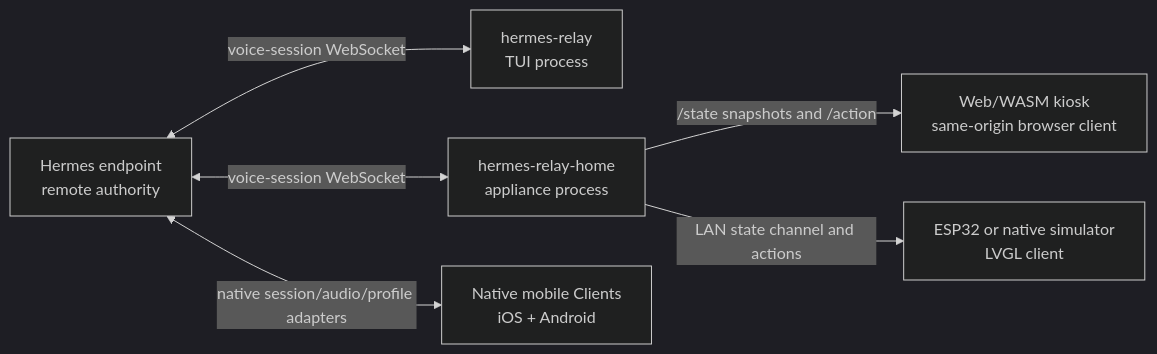
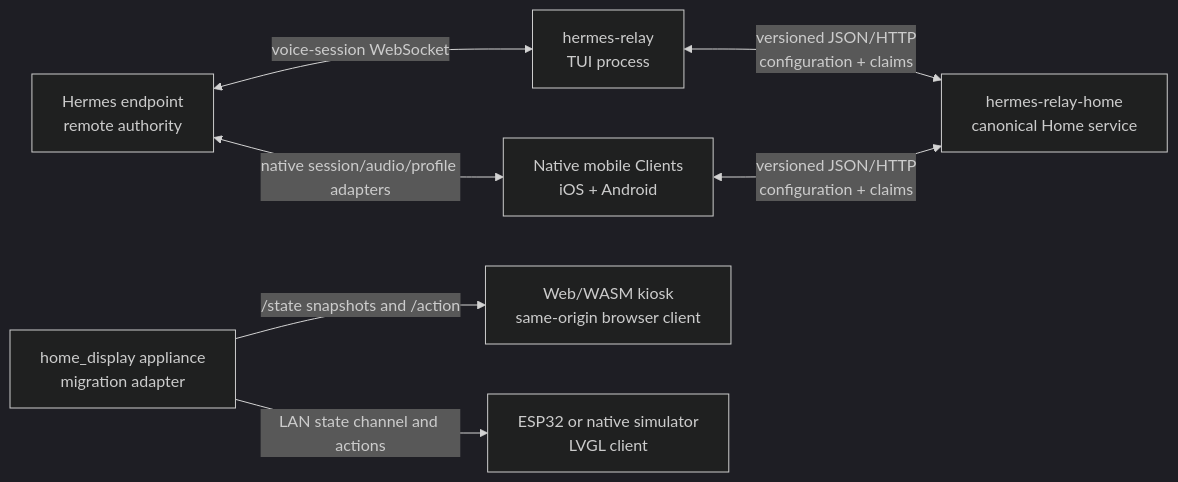
One commit to achappell/hermes-relay-tui changed the second of 2 diagrams in _bmad-output/planning-artifacts/architecture/architecture-hermes-relay-tui-2026-09-08/ARCHITECTURE-SPINE.md. Above: the diagram before and after it, drawn with Mermaid (dark theme). The commit also changed other lines of this file and 1 other file, not shown here.

Commit message:
docs: move home service ownership out of tui (#165)

```diff
--- a/_bmad-output/planning-artifacts/architecture/architecture-hermes-relay-tui-2026-09-08/ARCHITECTURE-SPINE.md
+++ b/_bmad-output/planning-artifacts/architecture/architecture-hermes-relay-tui-2026-09-08/ARCHITECTURE-SPINE.md
@@ -199,15 +200,17 @@
 ~~~mermaid
 flowchart LR
     hermes["Hermes endpoint<br/>remote authority"]
     tui["hermes-relay<br/>TUI process"]
-    home["hermes-relay-home<br/>appliance process"]
+    home["hermes-relay-home<br/>canonical Home service"]
+    legacy["home_display appliance<br/>migration adapter"]
     web["Web/WASM kiosk<br/>same-origin browser client"]
     esp["ESP32 or native simulator<br/>LVGL client"]
     mobile["Native mobile Clients<br/>iOS + Android"]
 
     hermes <-->|voice-session WebSocket| tui
-    hermes <-->|voice-session WebSocket| home
     hermes <-->|native session/audio/profile adapters| mobile
-    home -->|/state snapshots and /action| web
-    home -->|LAN state channel and actions| esp
+    mobile <-->|versioned JSON/HTTP<br/>configuration + claims| home
+    tui <-->|versioned JSON/HTTP<br/>configuration + claims| home
+    legacy -->|/state snapshots and /action| web
+    legacy -->|LAN state channel and actions| esp
 ~~~
```
